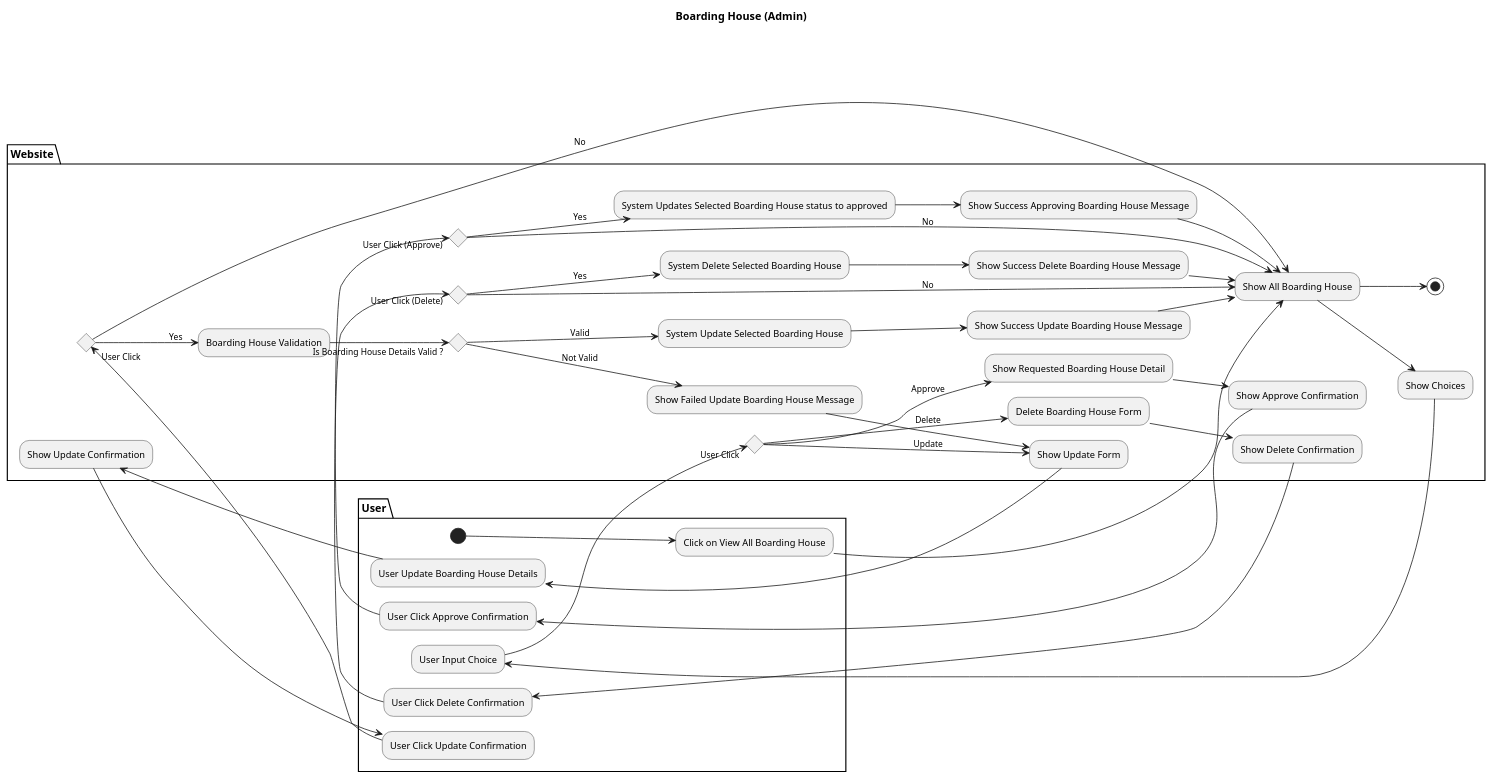
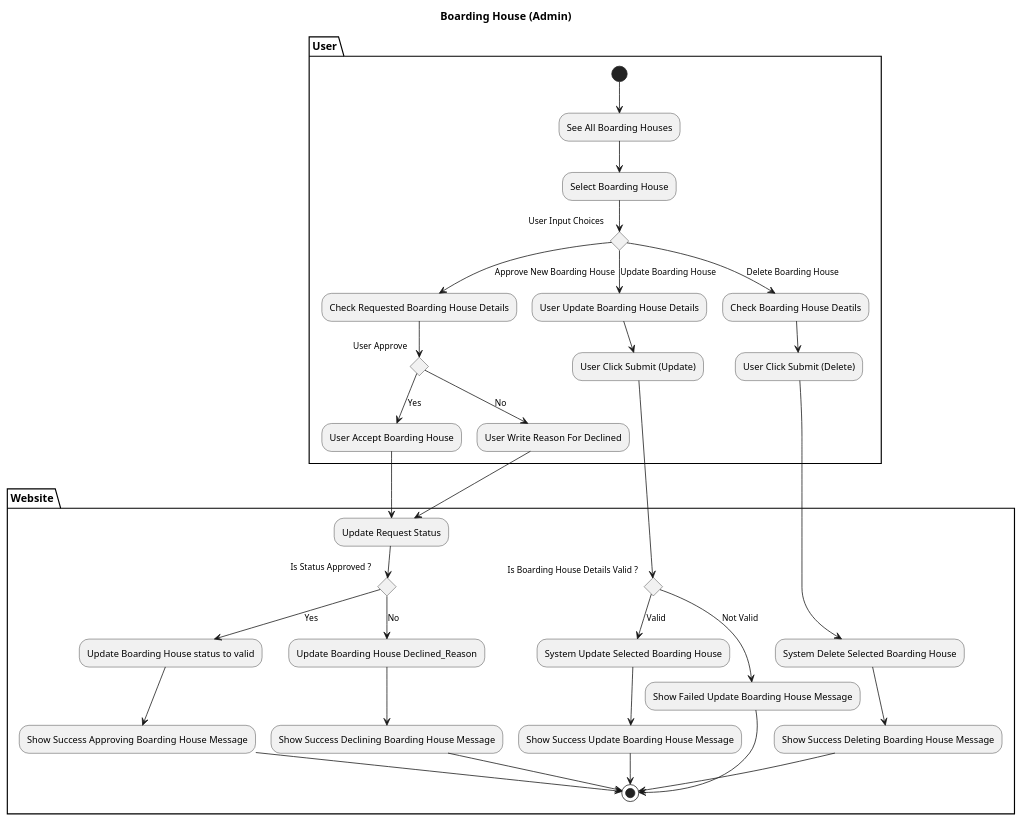
One commit to AntWort21/BHFMS changed the diagram in Design/BHFMS_ACTIVITY/Boarding House (Admin).puml. Above: the diagram before and after it, drawn with PlantUML. The commit also changed 8 other files, not shown here.

Commit message:
Update Sequence & Activity Diagram for Admin

```diff
--- a/Design/BHFMS_ACTIVITY/Boarding House (Admin).puml
+++ b/Design/BHFMS_ACTIVITY/Boarding House (Admin).puml
@@ -1,79 +1,50 @@
 @startuml
-
-left to right direction
-
 title Boarding House (Admin)
 partition User {
-(*)  --> "Click on View All Boarding House"
+(*)  --> "See All Boarding Houses"
+--> "Select Boarding House"
+    If "User Input Choices" then
+    --> [Approve New Boarding House] "Check Requested Boarding House Details"
+     If "User Approve" then
+        --> [Yes] "User Accept Boarding House"
+        else
+        --> [No] "User Write Reason For Declined"
+        Endif
+    else
+    --> [Update Boarding House] "User Update Boarding House Details"
+    --> "User Click Submit (Update)"
+        
+    else
+    --> [Delete Boarding House] "Check Boarding House Deatils"
+    --> "User Click Submit (Delete)"
+    Endif
 }
+
 partition Website {
---> "Show All Boarding House"
--->"Show Choices"
-}
-partition User {
---> "User Input Choice"
-}
-partition Website {
-If "User Click" then
-
---> [Approve] "Show Requested Boarding House Detail"
---> "Show Approve Confirmation"
-}
-partition User {
---> "User Click Approve Confirmation"
-}
-partition Website {
-    If "User Click (Approve)" then
-    --> [Yes] "System Updates Selected Boarding House status to approved"
-    --> "Show Success Approving Boarding House Message"
-    --> "Show All Boarding House"
-    else
-    --> [No] "Show All Boarding House"
-    Endif
-
-else
---> [Delete] "Delete Boarding House Form"
---> "Show Delete Confirmation"
-}
-partition User {
---> "User Click Delete Confirmation"
-}
-partition Website {
-    If "User Click (Delete)" then
-    --> [Yes] "System Delete Selected Boarding House"
-    --> "Show Success Delete Boarding House Message"
-    --> "Show All Boarding House"
-    else
-    --> [No] "Show All Boarding House"
-    Endif
-
-else
---> [Update] "Show Update Form"
-}
-partition User {
---> "User Update Boarding House Details"
-}
-partition Website {
---> "Show Update Confirmation"
-}
-partition User {
---> "User Click Update Confirmation"
-}
-partition Website {
-    If "User Click" then
-    --> [Yes] "Boarding House Validation"
-        If "Is Boarding House Details Valid ?" then
+    "User Click Submit (Update)" --> If "Is Boarding House Details Valid ?" then
         --> [Valid] "System Update Selected Boarding House"
         --> "Show Success Update Boarding House Message"
-        --> "Show All Boarding House"
+        -->(*)
         else
         --> [Not Valid] "Show Failed Update Boarding House Message"
-        --> "Show Update Form"
-        Endif
+        --> (*)
+    Endif
+    
+
+    "User Accept Boarding House" --> "Update Request Status"
+    "User Write Reason For Declined" --> "Update Request Status"
+
+    If "Is Status Approved ?" then
+    --> [Yes] "Update Boarding House status to valid"
+    --> "Show Success Approving Boarding House Message"
+    -->(*)
     else
-    --> [No] "Show All Boarding House"
-    Endif
-Endif
--->(*)
+    --> [No] "Update Boarding House Declined_Reason" 
+    --> "Show Success Declining Boarding House Message"
+    --> (*)
+
+    "User Click Submit (Delete)" --> "System Delete Selected Boarding House"
+    --> "Show Success Deleting Boarding House Message"
+    --> (*)
 }
 @enduml
```
